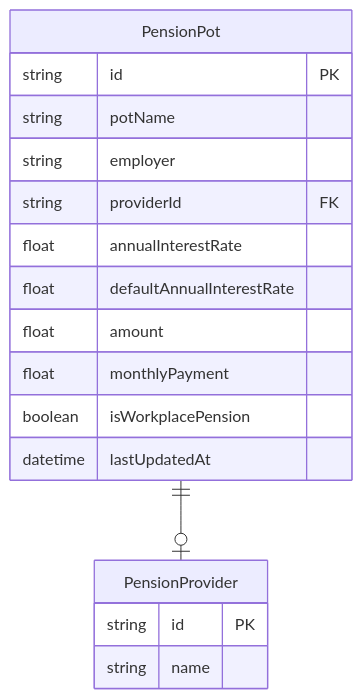
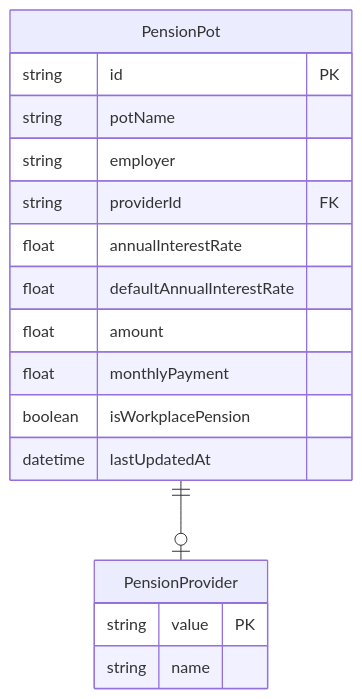
One commit to laukl/pension-api changed the diagram in docs/erd.md. Above: the diagram before and after it, drawn with Mermaid.

Commit message:
docs: update erd

````diff
--- a/docs/erd.md
+++ b/docs/erd.md
@@ -1,22 +1,22 @@
 ```mermaid
 erDiagram
   PensionPot {
     string id PK
     string potName
     string employer
     string providerId FK
     float annualInterestRate
     float defaultAnnualInterestRate
     float amount
     float monthlyPayment
     boolean isWorkplacePension
     datetime lastUpdatedAt
   }
 
   PensionProvider {
-    string id PK
+    string value PK
     string name
   }
 
   PensionPot ||--o| PensionProvider : ""
 ```
````
